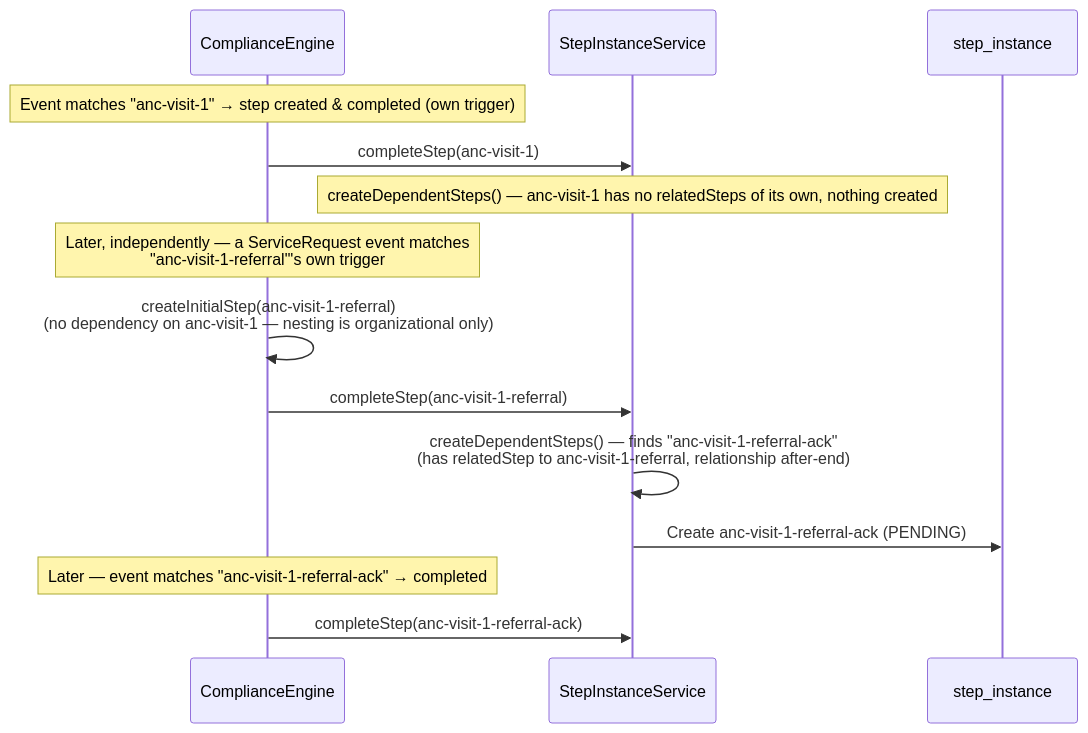
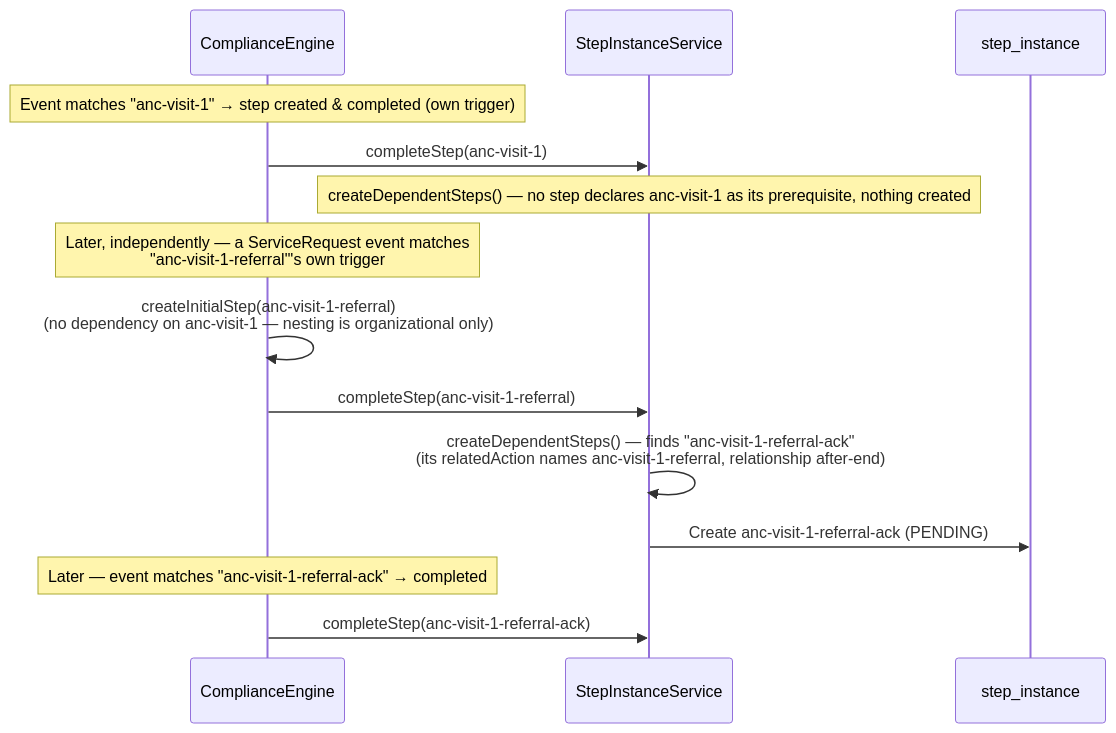
The ninth of 9 diagrams in docs/architecture-overview.md (Jayaprakash8887/cce-compliance-service), drawn with Mermaid before and after one commit. The commit also changed other lines of this file and 17 other files, not shown here.

Commit message:
relatedAction Implementation

````diff
--- a/docs/architecture-overview.md
+++ b/docs/architecture-overview.md
@@ -782,19 +795,19 @@
 ```mermaid
 sequenceDiagram
     participant Engine as ComplianceEngine
     participant SIS as StepInstanceService
     participant DB as step_instance
 
     Note over Engine: Event matches "anc-visit-1" → step created & completed (own trigger)
     Engine->>SIS: completeStep(anc-visit-1)
-    Note over SIS: createDependentSteps() — anc-visit-1 has no relatedSteps of its own, nothing created
+    Note over SIS: createDependentSteps() — no step declares anc-visit-1 as its prerequisite, nothing created
 
     Note over Engine: Later, independently — a ServiceRequest event matches<br/>"anc-visit-1-referral"'s own trigger
     Engine->>Engine: createInitialStep(anc-visit-1-referral)<br/>(no dependency on anc-visit-1 — nesting is organizational only)
     Engine->>SIS: completeStep(anc-visit-1-referral)
-    SIS->>SIS: createDependentSteps() — finds "anc-visit-1-referral-ack"<br/>(has relatedStep to anc-visit-1-referral, relationship after-end)
+    SIS->>SIS: createDependentSteps() — finds "anc-visit-1-referral-ack"<br/>(its relatedAction names anc-visit-1-referral, relationship after-end)
     SIS->>DB: Create anc-visit-1-referral-ack (PENDING)
 
     Note over Engine: Later — event matches "anc-visit-1-referral-ack" → completed
     Engine->>SIS: completeStep(anc-visit-1-referral-ack)
 ```
````
